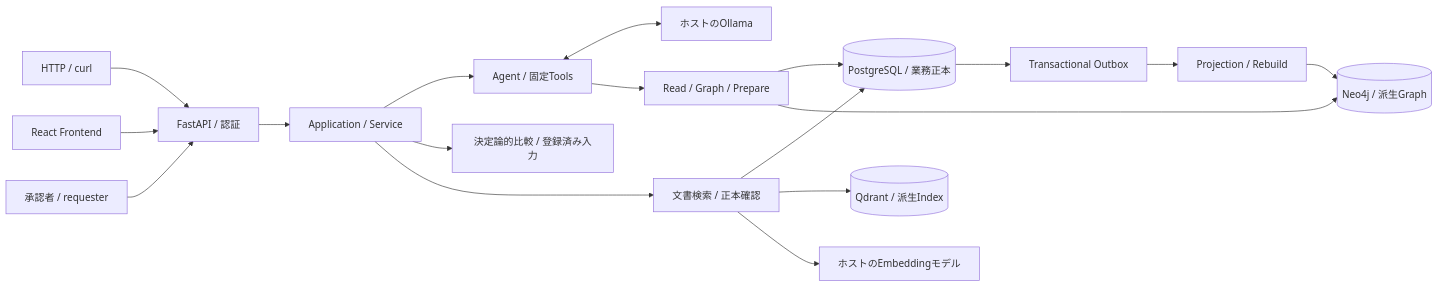
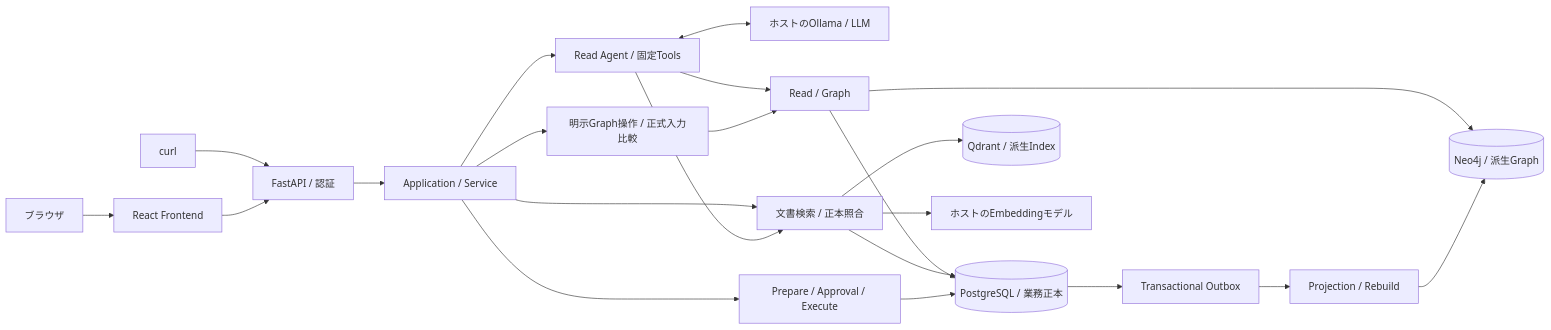
The diagram in README.md (philippos2/line-scope), drawn with Mermaid before and after one commit. The commit also changed other lines of this file and 9 other files, not shown here.

````diff
--- a/README.md
+++ b/README.md
@@ -26,20 +28,24 @@
 ```mermaid
 flowchart LR
-    Curl[HTTP / curl] --> API[FastAPI / 認証]
-    UI[React Frontend] --> API
+    Browser[ブラウザ] --> UI[React Frontend]
+    Curl[curl] --> API[FastAPI / 認証]
+    UI --> API
     API --> App[Application / Service]
-    App --> Agent[Agent / 固定Tools]
-    Agent <--> LLM[ホストのOllama]
-    Agent --> Tools[Read / Graph / Prepare]
-    Tools --> PG[(PostgreSQL / 業務正本)]
-    Tools --> Neo4j[(Neo4j / 派生Graph)]
-    App --> Comparison[決定論的比較 / 登録済み入力]
-    App --> RAG[文書検索 / 正本確認]
+    App --> Agent[Read Agent / 固定Tools]
+    Agent <--> LLM[ホストのOllama / LLM]
+    Agent --> Reads[Read / Graph]
+    App --> Explicit[明示Graph操作 / 正式入力比較]
+    Explicit --> Reads
+    Reads --> PG[(PostgreSQL / 業務正本)]
+    Reads --> Neo4j[(Neo4j / 派生Graph)]
+    App --> RAG[文書検索 / 正本照合]
+    Agent --> RAG
     RAG --> PG
     RAG --> Qdrant[(Qdrant / 派生Index)]
     RAG --> Embed[ホストのEmbeddingモデル]
+    App --> Updates[Prepare / Approval / Execute]
+    Updates --> PG
     PG --> Outbox[Transactional Outbox]
     Outbox --> Projection[Projection / Rebuild]
     Projection --> Neo4j
-    Operator[承認者 / requester] --> API
 ```
````
